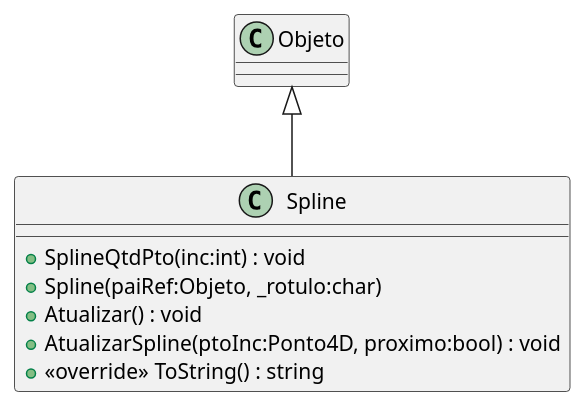
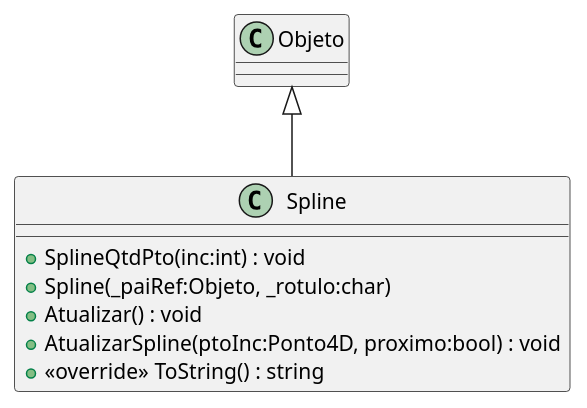
The diagram in Unidade2/CG_N2_Exemplo/plantuml/Spline.puml (dalton-reis/CG_2024_1), drawn with PlantUML before and after one commit. The commit also changed 42 other files, not shown here.

```diff
--- a/Unidade2/CG_N2_Exemplo/plantuml/Spline.puml
+++ b/Unidade2/CG_N2_Exemplo/plantuml/Spline.puml
@@ -1,10 +1,10 @@
 @startuml
 class Spline {
     + SplineQtdPto(inc:int) : void
-    + Spline(paiRef:Objeto, _rotulo:char)
+    + Spline(_paiRef:Objeto, _rotulo:char)
     + Atualizar() : void
     + AtualizarSpline(ptoInc:Ponto4D, proximo:bool) : void
     + <<override>> ToString() : string
 }
 Objeto <|-- Spline
 @enduml
```
